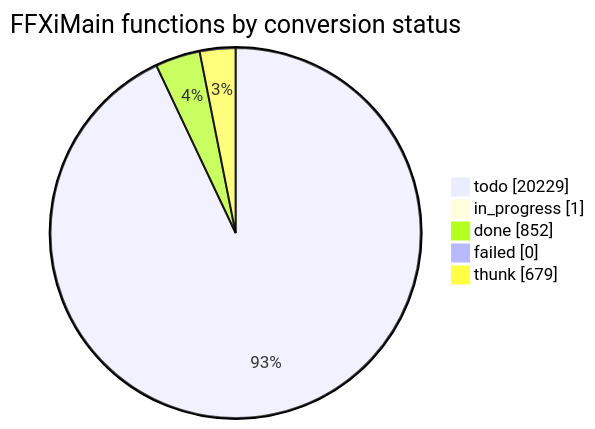
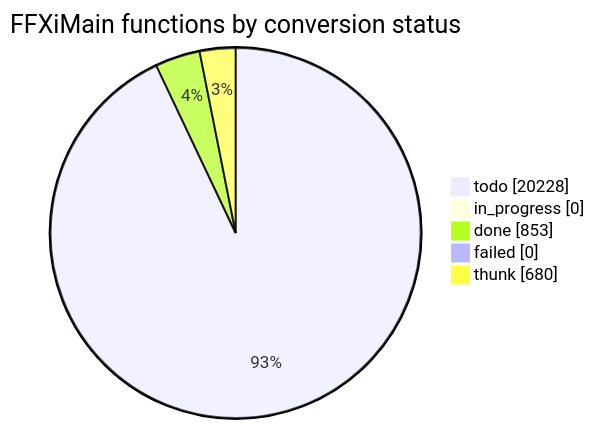
The diagram in docs/cow/STATUS.md (cowrevenge/cow_kuluu_xi_anything), drawn with Mermaid before and after one commit. The commit also changed other lines of this file and 9 other files, not shown here.

````diff
--- a/docs/cow/STATUS.md
+++ b/docs/cow/STATUS.md
@@ -18,9 +18,9 @@
 ```mermaid
 pie showData
     title FFXiMain functions by conversion status
-    "todo" : 20229
-    "in_progress" : 1
-    "done" : 852
+    "todo" : 20228
+    "in_progress" : 0
+    "done" : 853
     "failed" : 0
-    "thunk" : 679
+    "thunk" : 680
 ```
````
